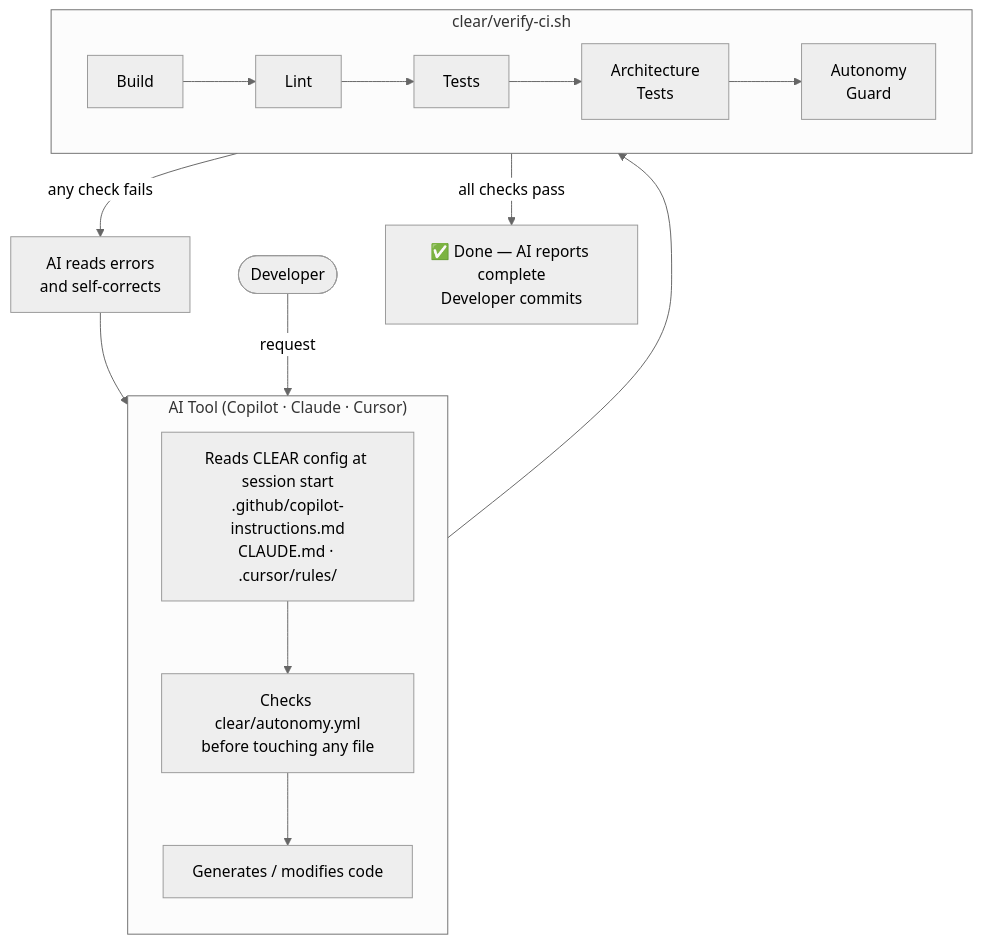
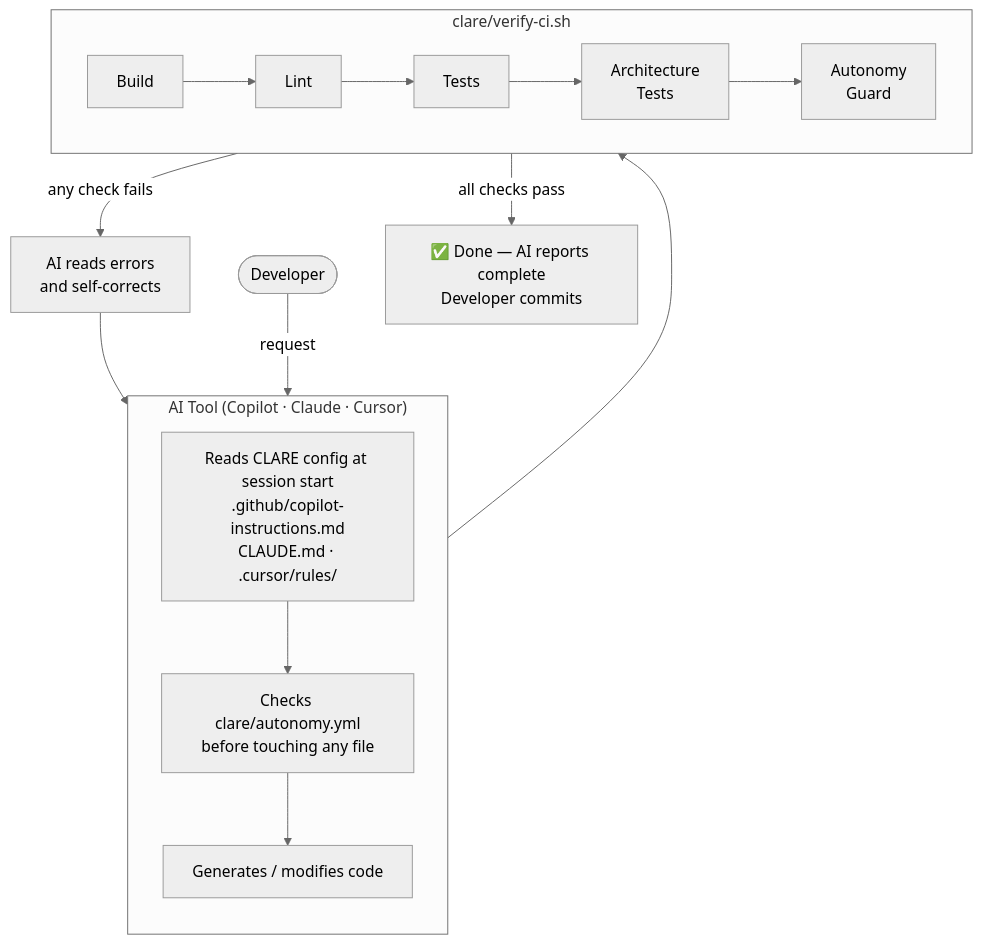
The diagram in README.md (jketreno/clare), drawn with Mermaid (neutral theme) before and after one commit. The commit also changed other lines of this file and 135 other files, not shown here.

````diff
--- a/README.md
+++ b/README.md
@@ -101,23 +101,23 @@
 ```mermaid
 flowchart TD
     DEV([Developer]) -->|"request"| AI
 
     subgraph AI["AI Tool (Copilot · Claude · Cursor)"]
         direction TB
-        CFG["Reads CLEAR config at session start<br/>.github/copilot-instructions.md<br/>CLAUDE.md · .cursor/rules/"]
-        AUT["Checks clear/autonomy.yml<br/>before touching any file"]
+        CFG["Reads CLARE config at session start<br/>.github/copilot-instructions.md<br/>CLAUDE.md · .cursor/rules/"]
+        AUT["Checks clare/autonomy.yml<br/>before touching any file"]
         GEN["Generates / modifies code"]
         CFG --> AUT --> GEN
     end
 
     GEN --> VCI
 
-    subgraph VCI["clear/verify-ci.sh"]
+    subgraph VCI["clare/verify-ci.sh"]
         direction LR
         B[Build] --> L[Lint] --> T[Tests] --> A["Architecture<br/>Tests"] --> G["Autonomy<br/>Guard"]
     end
 
     VCI -->|"any check fails"| FIX["AI reads errors<br/>and self-corrects"]
     FIX --> GEN
     VCI -->|"all checks pass"| DONE["✅ Done — AI reports complete<br/>Developer commits"]
 ```
````
